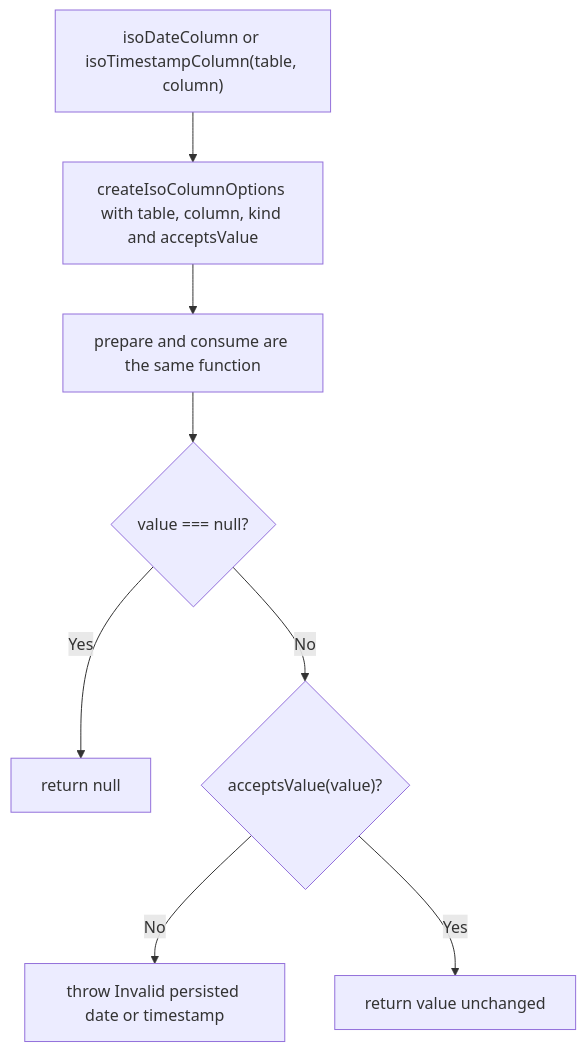
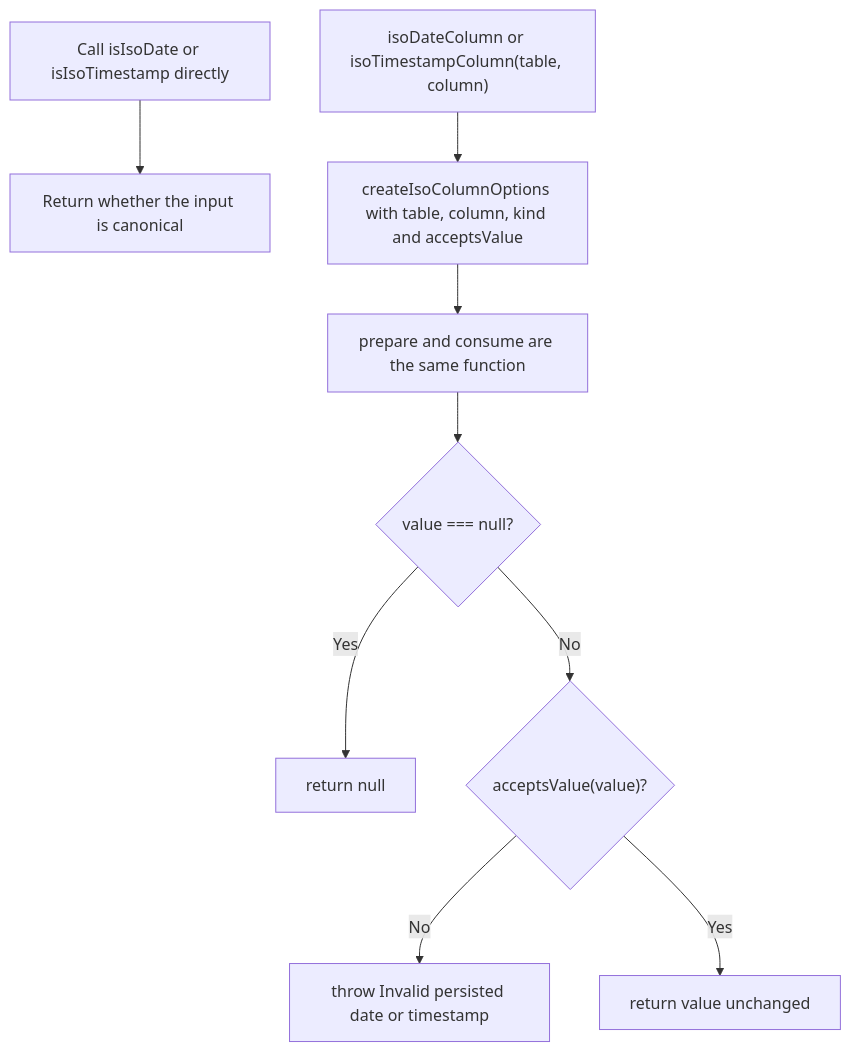
Before and after one commit to Kevinjohn/oss-adonisjs-lucid-checked-columns: the second of 2 diagrams in user-stories/US-COLUMN-02-store-iso-date-or-timestamp.md, drawn with Mermaid. The commit also changed other lines of this file and 5 other files, not shown here.

````diff
--- a/user-stories/US-COLUMN-02-store-iso-date-or-timestamp.md
+++ b/user-stories/US-COLUMN-02-store-iso-date-or-timestamp.md
@@ -41,10 +41,11 @@
 ```mermaid
 flowchart TD
+    S["Call isIsoDate or isIsoTimestamp directly"] --> R["Return whether the input is canonical"]
     A["isoDateColumn or isoTimestampColumn(table, column)"] --> B["createIsoColumnOptions with table, column, kind and acceptsValue"]
     B --> C["prepare and consume are the same function"]
     C --> D{"value === null?"}
     D -->|Yes| E["return null"]
     D -->|No| F{"acceptsValue(value)?"}
     F -->|No| G["throw Invalid persisted date or timestamp"]
     F -->|Yes| H["return value unchanged"]
 ```
````
